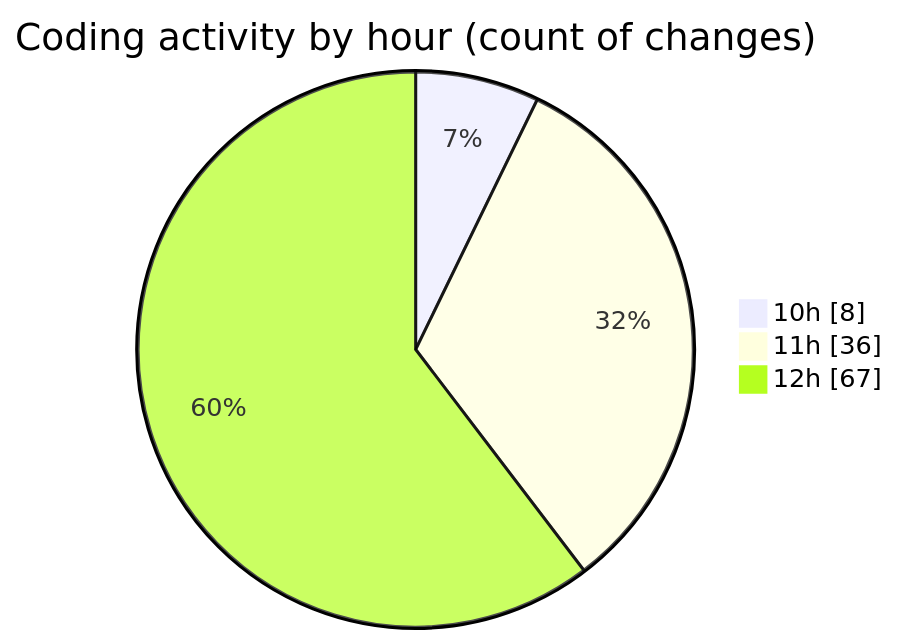
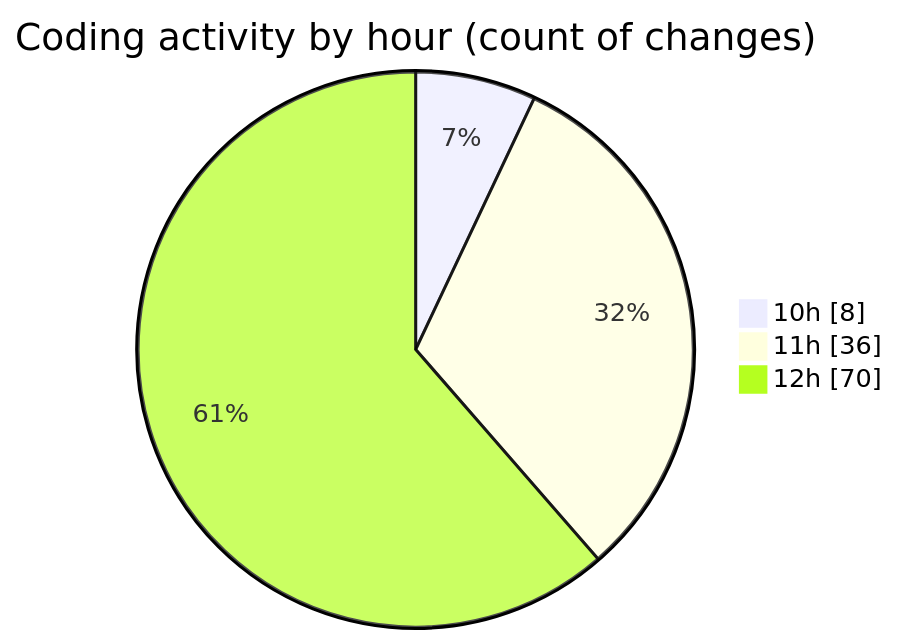
Before and after one commit to CELIANVF/code-tracking: the second of 2 diagrams in 2025-05-16/python_app_deploy/README.md, drawn with Mermaid. The commit also changed other lines of this file and 1 other file, not shown here.

````diff
--- a/2025-05-16/python_app_deploy/README.md
+++ b/2025-05-16/python_app_deploy/README.md
@@ -53,7 +53,7 @@
 ```mermaid
 pie showData
 title Coding activity by hour (count of changes)
 "10h" : 8
 "11h" : 36
-"12h" : 67
+"12h" : 70
 ```
````
